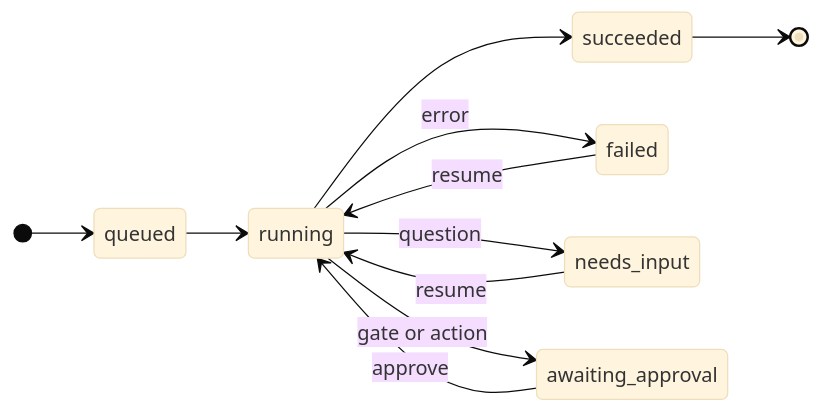
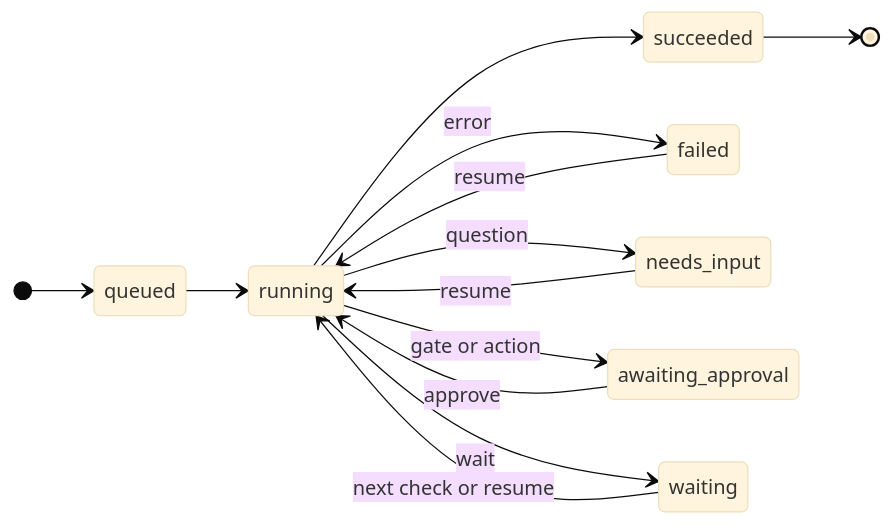
The second of 2 diagrams in README.md (Tight-Line/Hinziel), drawn with Mermaid (base theme) before and after one commit. The commit also changed other lines of this file and 11 other files, not shown here.

````diff
--- a/README.md
+++ b/README.md
@@ -445,14 +445,16 @@
 ```mermaid
 stateDiagram-v2
     direction LR
     [*] --> queued
     queued --> running
     running --> succeeded
     running --> failed : error
     running --> needs_input : question
     running --> awaiting_approval : gate or action
+    running --> waiting : wait
+    waiting --> running : next check or resume
     failed --> running : resume
     needs_input --> running : resume
     awaiting_approval --> running : approve
     succeeded --> [*]
 ```
````
